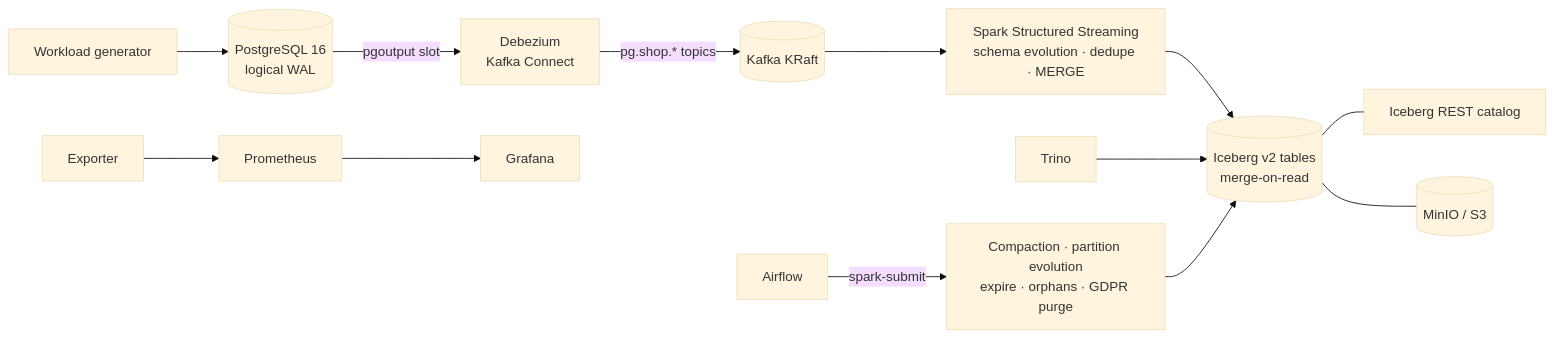
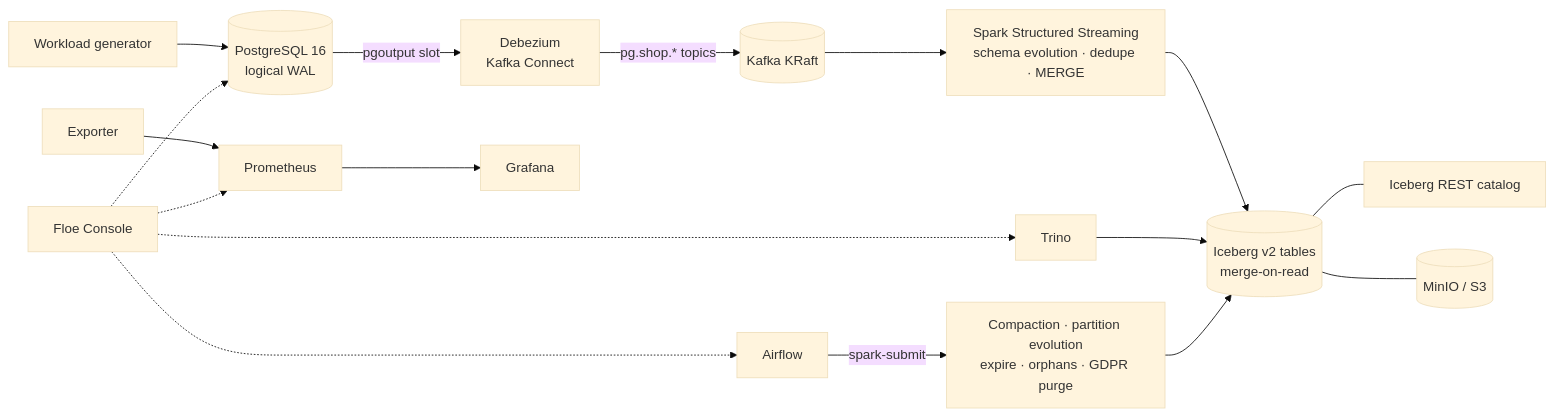
The diagram in README.md (zorhehs/floe), drawn with Mermaid (base theme) before and after one commit. The commit also changed other lines of this file and 31 other files, not shown here.

First line of the commit message:
Add the Floe Console web interface, slides, and doc fixes

````diff
--- a/README.md
+++ b/README.md
@@ -20,14 +21,15 @@
 ```mermaid
 flowchart LR
   GEN[Workload generator] --> PG[(PostgreSQL 16<br/>logical WAL)]
   PG -- pgoutput slot --> DBZ[Debezium<br/>Kafka Connect]
   DBZ -- "pg.shop.* topics" --> K[(Kafka KRaft)]
   K --> SS["Spark Structured Streaming<br/>schema evolution · dedupe · MERGE"]
   SS --> ICE[(Iceberg v2 tables<br/>merge-on-read)]
   ICE --- REST[Iceberg REST catalog]
   ICE --- S3[(MinIO / S3)]
   T[Trino] --> ICE
   AF[Airflow] -- spark-submit --> MJ[Compaction · partition evolution<br/>expire · orphans · GDPR purge]
   MJ --> ICE
   EXP[Exporter] --> PROM[Prometheus] --> GRA[Grafana]
+  UI[Floe Console] -.-> PG & T & AF & PROM
 ```
````
